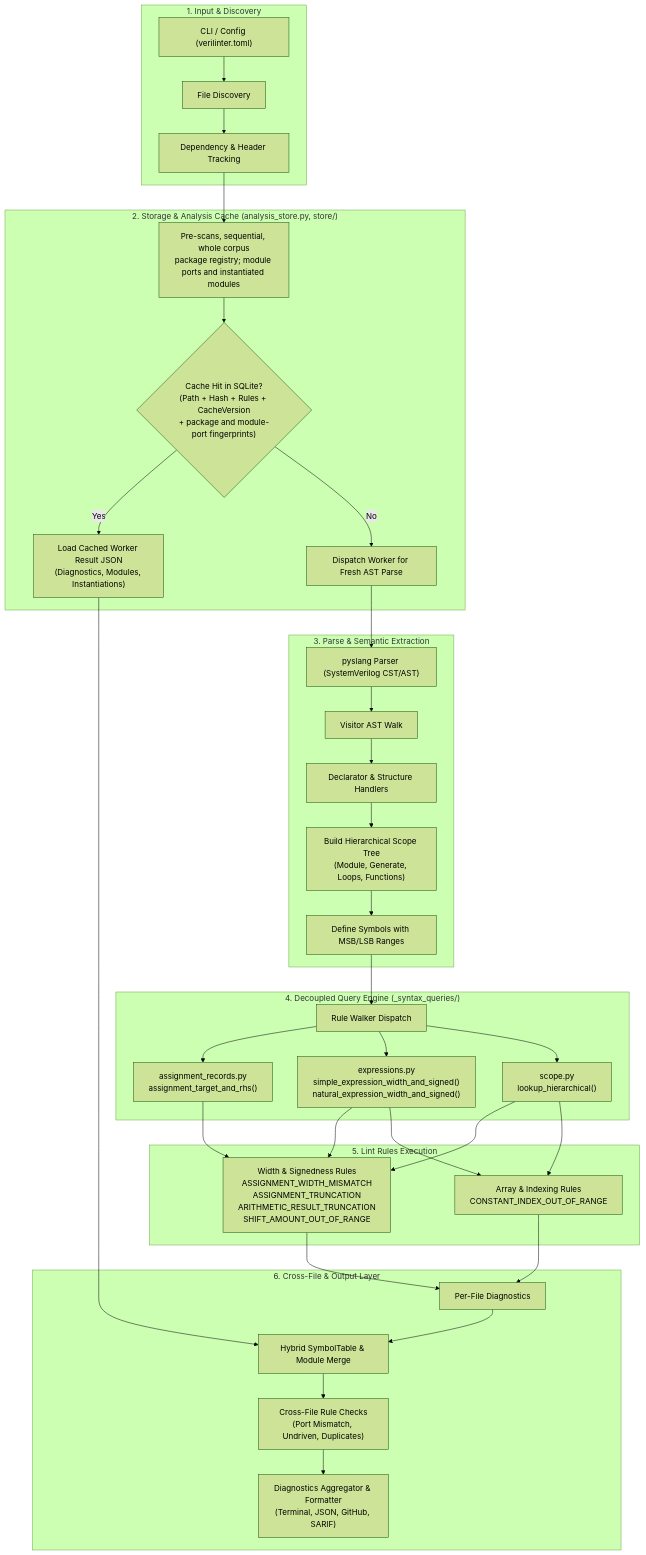
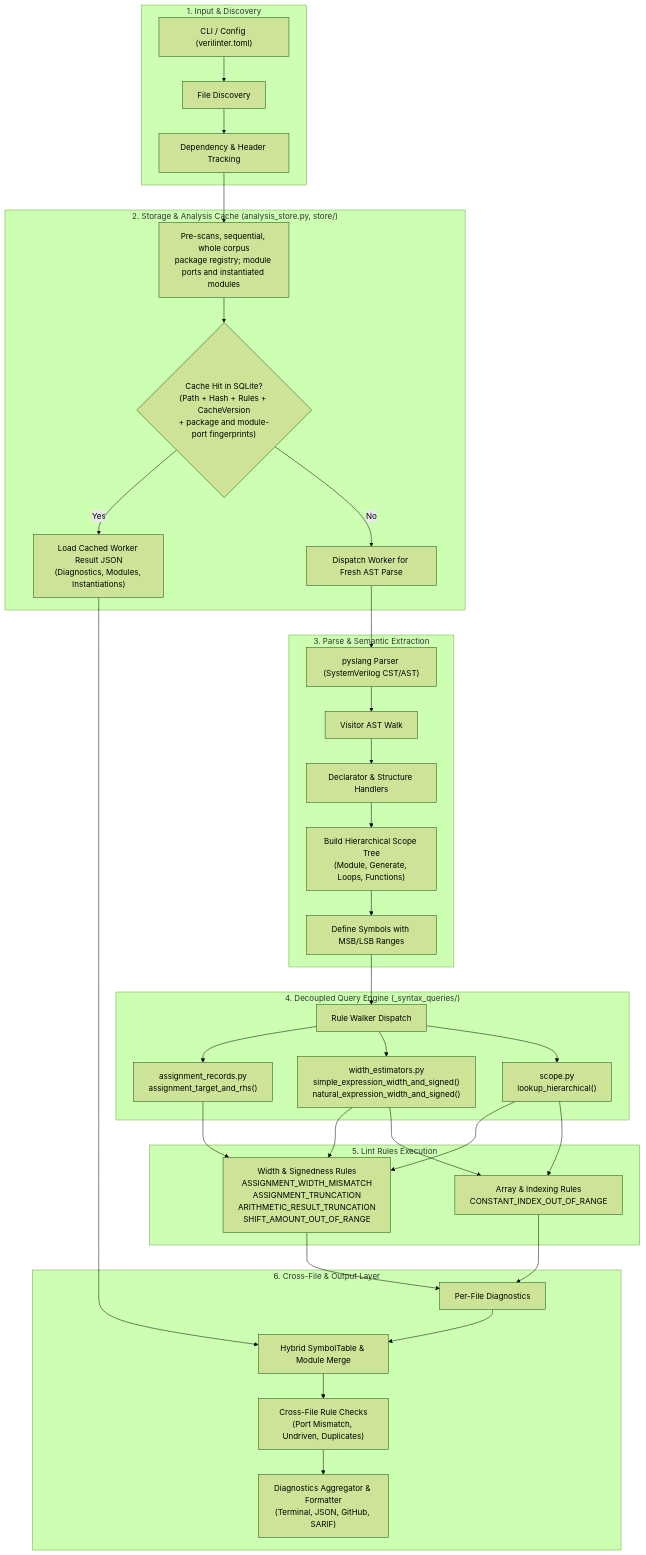
Before and after one commit to svalme/Verilinter: the first of 5 diagrams in docs/ARCHITECTURE.md, drawn with Mermaid (forest theme). The commit also changed other lines of this file and 96 other files, not shown here.

````diff
--- a/docs/ARCHITECTURE.md
+++ b/docs/ARCHITECTURE.md
@@ -9,46 +9,46 @@
 ```mermaid
 flowchart TD
     subgraph Input ["1. Input & Discovery"]
         CLI["CLI / Config (verilinter.toml)"] --> Discover["File Discovery"]
         Discover --> DepTracker["Dependency & Header Tracking"]
     end
 
     subgraph CacheLayer ["2. Storage & Analysis Cache (analysis_store.py, store/)"]
         DepTracker --> PreScans["Pre-scans, sequential, whole corpus<br/>package registry; module ports and instantiated modules"]
         PreScans --> CacheCheck{"Cache Hit in SQLite?<br/>(Path + Hash + Rules + CacheVersion<br/>+ package and module-port fingerprints)"}
         CacheCheck -- Yes --> LoadCache["Load Cached Worker Result JSON<br/>(Diagnostics, Modules, Instantiations)"]
         CacheCheck -- No --> FreshParse["Dispatch Worker for Fresh AST Parse"]
     end
 
     subgraph ParseWalk ["3. Parse & Semantic Extraction"]
         FreshParse --> PySlang["pyslang Parser (SystemVerilog CST/AST)"]
         PySlang --> ASTWalk["Visitor AST Walk"]
         ASTWalk --> Handlers["Declarator & Structure Handlers"]
         Handlers --> ScopeBuild["Build Hierarchical Scope Tree<br/>(Module, Generate, Loops, Functions)"]
         ScopeBuild --> Symbols["Define Symbols with MSB/LSB Ranges"]
     end
 
     subgraph QueryEngine ["4. Decoupled Query Engine (_syntax_queries/)"]
         Symbols --> RuleDispatch["Rule Walker Dispatch"]
         RuleDispatch --> Shapes["assignment_records.py<br/>assignment_target_and_rhs()"]
-        RuleDispatch --> ExprEngine["expressions.py<br/>simple_expression_width_and_signed()<br/>natural_expression_width_and_signed()"]
+        RuleDispatch --> ExprEngine["width_estimators.py<br/>simple_expression_width_and_signed()<br/>natural_expression_width_and_signed()"]
         RuleDispatch --> ScopeQuery["scope.py<br/>lookup_hierarchical()"]
     end
 
     subgraph RulesEngine ["5. Lint Rules Execution"]
         Shapes --> WidthRules["Width & Signedness Rules<br/>ASSIGNMENT_WIDTH_MISMATCH<br/>ASSIGNMENT_TRUNCATION<br/>ARITHMETIC_RESULT_TRUNCATION<br/>SHIFT_AMOUNT_OUT_OF_RANGE"]
         ExprEngine --> WidthRules
         ScopeQuery --> WidthRules
         ScopeQuery --> IndexRules["Array & Indexing Rules<br/>CONSTANT_INDEX_OUT_OF_RANGE"]
         ExprEngine --> IndexRules
     end
 
     subgraph CrossFile ["6. Cross-File & Output Layer"]
         WidthRules --> PerFileDiags["Per-File Diagnostics"]
         IndexRules --> PerFileDiags
         LoadCache --> HybridMerge["Hybrid SymbolTable & Module Merge"]
         PerFileDiags --> HybridMerge
         HybridMerge --> CrossRules["Cross-File Rule Checks<br/>(Port Mismatch, Undriven, Duplicates)"]
         CrossRules --> Reporter["Diagnostics Aggregator & Formatter<br/>(Terminal, JSON, GitHub, SARIF)"]
     end
 ```
````
